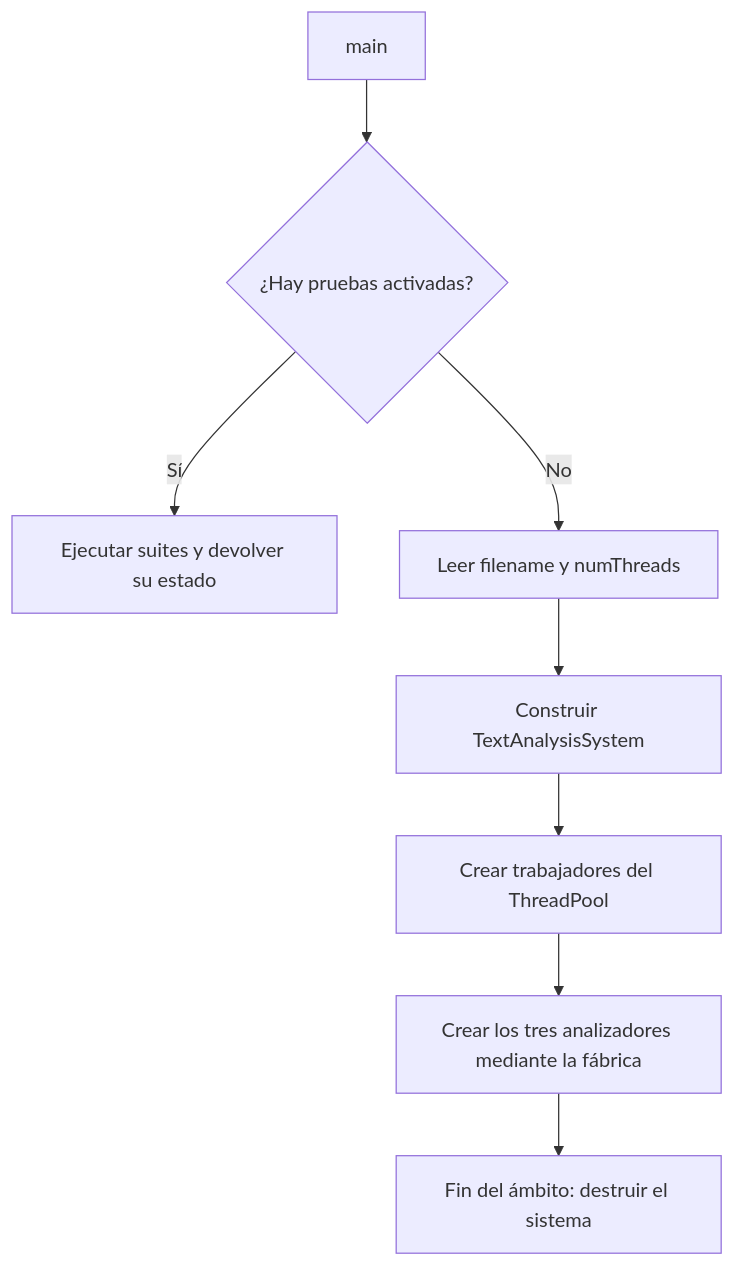
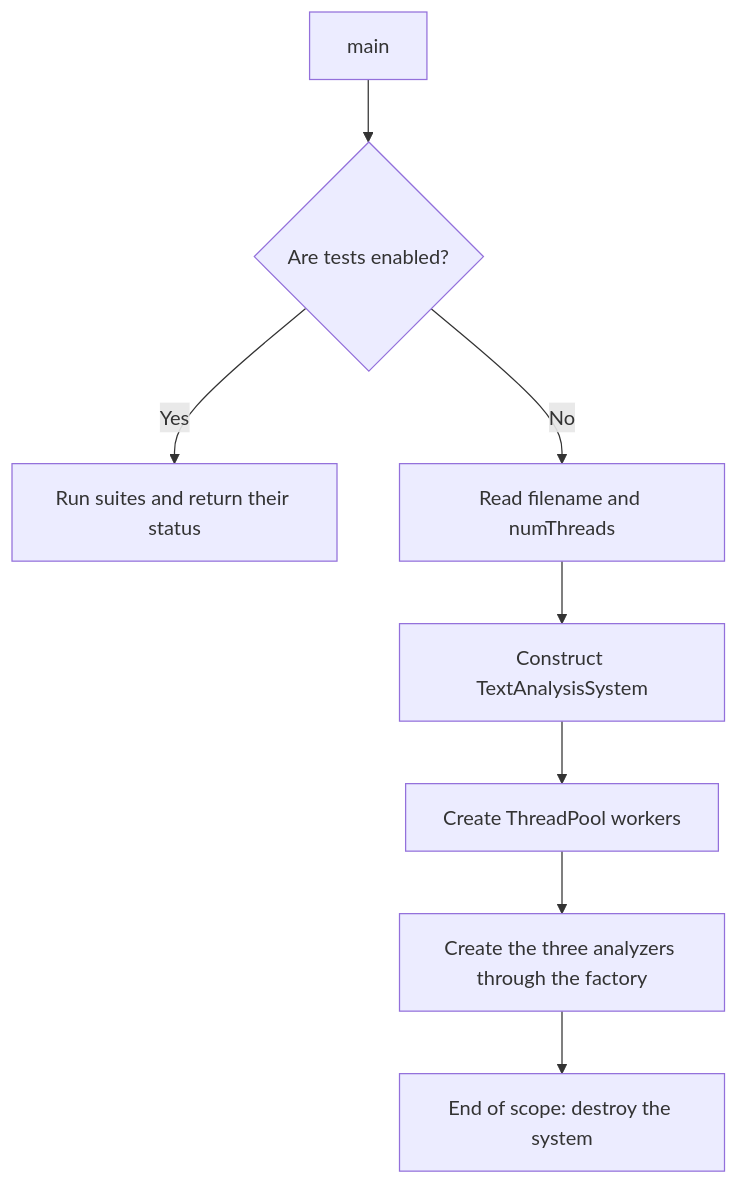
The first of 4 diagrams in TextAnalyzer/doc/TextAnalysisSystem_flow.md (RobertoVelazquezGit/AdvancedCppMod5Capstone), drawn with Mermaid before and after one commit. The commit also changed other lines of this file, not shown here.

Commit message:
Flow diagram english

````diff
--- a/TextAnalyzer/doc/TextAnalysisSystem_flow.md
+++ b/TextAnalyzer/doc/TextAnalysisSystem_flow.md
@@ -11,10 +11,10 @@
 ```mermaid
 flowchart TD
-    A[main] --> B{¿Hay pruebas activadas?}
-    B -->|Sí| C[Ejecutar suites y devolver su estado]
-    B -->|No| D[Leer filename y numThreads]
-    D --> E[Construir TextAnalysisSystem]
-    E --> F[Crear trabajadores del ThreadPool]
-    F --> G[Crear los tres analizadores mediante la fábrica]
-    G --> H[Fin del ámbito: destruir el sistema]
+    A[main] --> B{Are tests enabled?}
+    B -->|Yes| C[Run suites and return their status]
+    B -->|No| D[Read filename and numThreads]
+    D --> E[Construct TextAnalysisSystem]
+    E --> F[Create ThreadPool workers]
+    F --> G[Create the three analyzers through the factory]
+    G --> H[End of scope: destroy the system]
 ```
````
